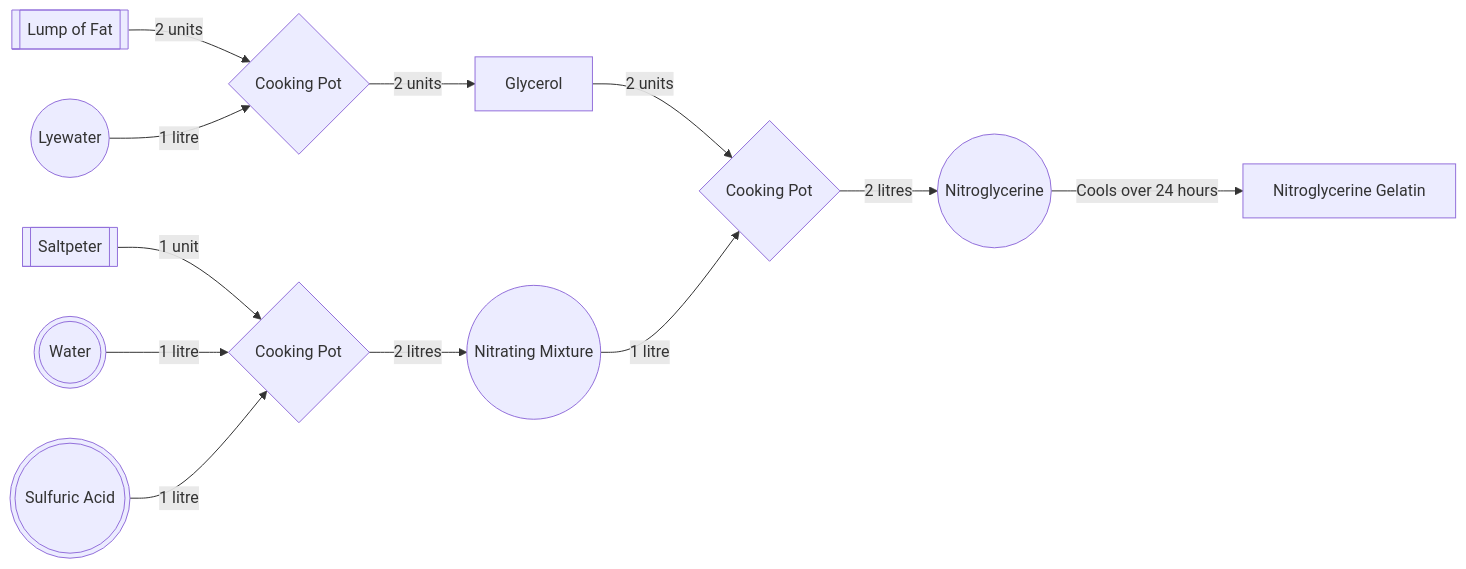
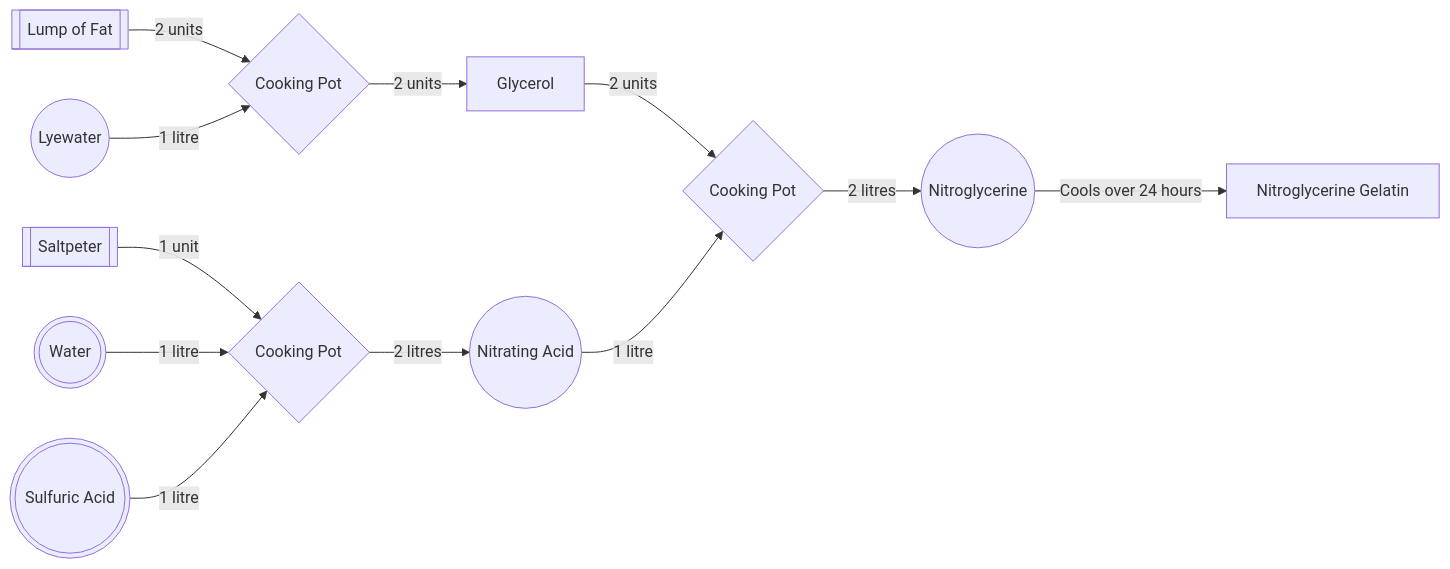
One commit to KesslerMentele/VintageStory-EnhancedFirearms changed the second of 4 diagrams in README.md. Above: the diagram before and after it, drawn with Mermaid. The commit also changed 1 other file, not shown here.

Commit message:
Adjusted Lye Water recipe: increased Soda Ash and Slaked Lime requirements and updated output stack size. Renamed "Nitrating Mixture" to "Nitrating Acid" in README.

````diff
--- a/README.md
+++ b/README.md
@@ -52,42 +52,42 @@
 ```mermaid
 flowchart LR
 %% Existing Items
     fat[[Lump of Fat]]
     saltpeter[[Saltpeter]]
 
 %% Existing Fluids
     water(((Water)))
     sulfuric(((Sulfuric Acid)))
     
 %% New Fluids
     sodiumHydroxide((Lyewater))
-    nitratingMix((Nitrating Mixture))
+    nitratingMix((Nitrating Acid))
     nitroglycerine((Nitroglycerine))
     
     
 %% New Items
     glycerol[Glycerol]
     nitroJelly[Nitroglycerine Gelatin]
     
 %% Processing 
     cookFat{Cooking Pot}
     cookSalt{Cooking Pot}
     cookGlycerol{Cooking Pot}
 
 %% Ratios
     fat -- 2 units --> cookFat
     sodiumHydroxide -- 1 litre --> cookFat
     cookFat -- 2 units --> glycerol
     
     saltpeter -- 1 unit --> cookSalt
     water-- 1 litre --> cookSalt
     sulfuric -- 1 litre --> cookSalt
     cookSalt -- 2 litres --> nitratingMix
     
     glycerol -- 2 units --> cookGlycerol
     nitratingMix -- 1 litre --> cookGlycerol
     cookGlycerol -- 2 litres --> nitroglycerine
     
     nitroglycerine -- Cools over 24 hours--> nitroJelly
 
 ```
````
